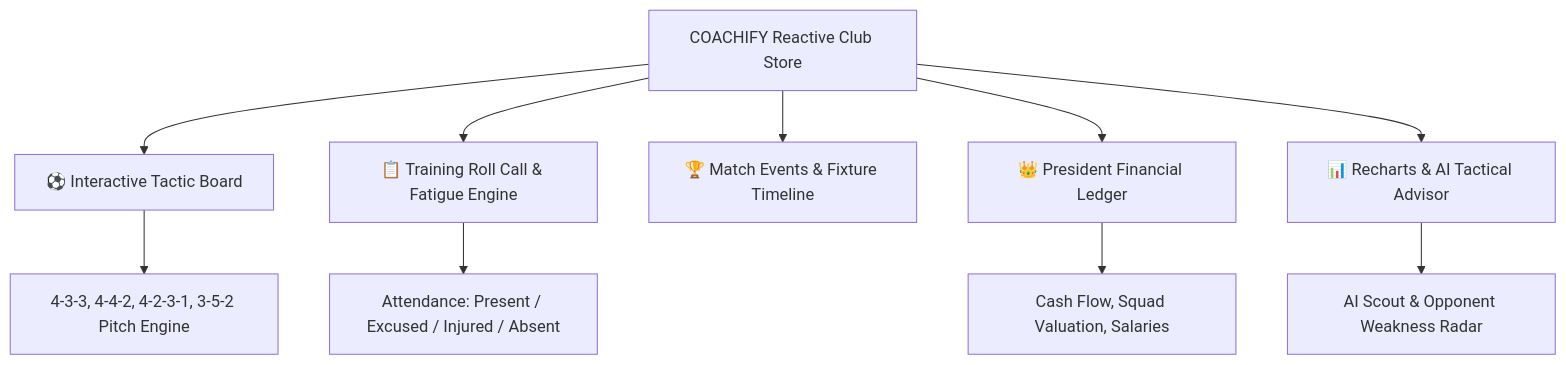
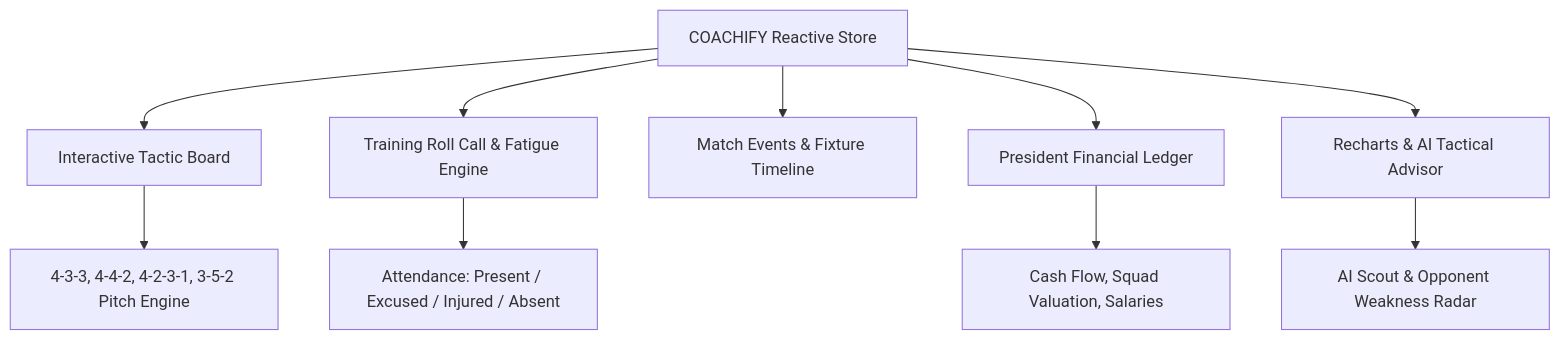
One commit to adacreativeco/coachify changed the diagram in README.md. Above: the diagram before and after it, drawn with Mermaid. The commit also changed other lines of this file and 31 other files, not shown here.

````diff
--- a/README.md
+++ b/README.md
@@ -28,13 +28,13 @@
 ```mermaid
 graph TD
-    A[COACHIFY Reactive Club Store] --> B[⚽ Interactive Tactic Board]
-    A --> C[📋 Training Roll Call & Fatigue Engine]
-    A --> D[🏆 Match Events & Fixture Timeline]
-    A --> E[👑 President Financial Ledger]
-    A --> F[📊 Recharts & AI Tactical Advisor]
+    A[COACHIFY Reactive Store] --> B[Interactive Tactic Board]
+    A --> C[Training Roll Call & Fatigue Engine]
+    A --> D[Match Events & Fixture Timeline]
+    A --> E[President Financial Ledger]
+    A --> F[Recharts & AI Tactical Advisor]
     
     B --> G[4-3-3, 4-4-2, 4-2-3-1, 3-5-2 Pitch Engine]
     C --> H[Attendance: Present / Excused / Injured / Absent]
     E --> I[Cash Flow, Squad Valuation, Salaries]
     F --> J[AI Scout & Opponent Weakness Radar]
 ```
````
